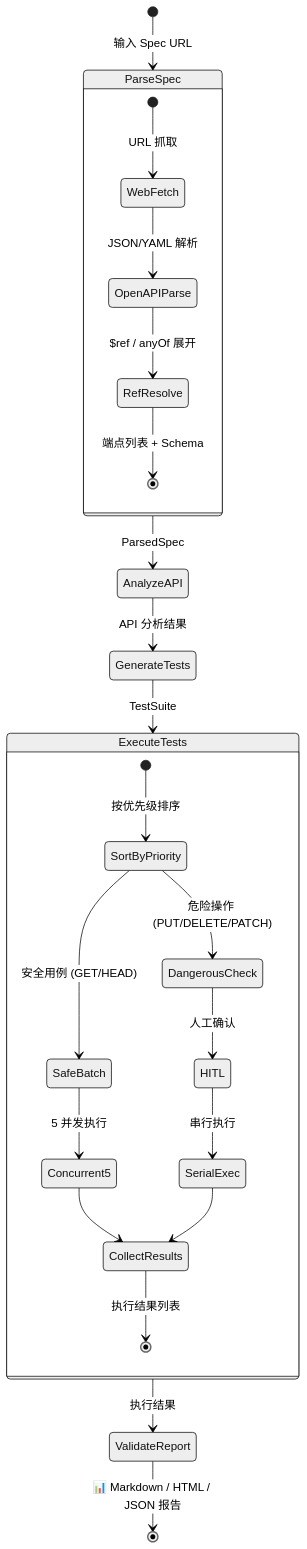
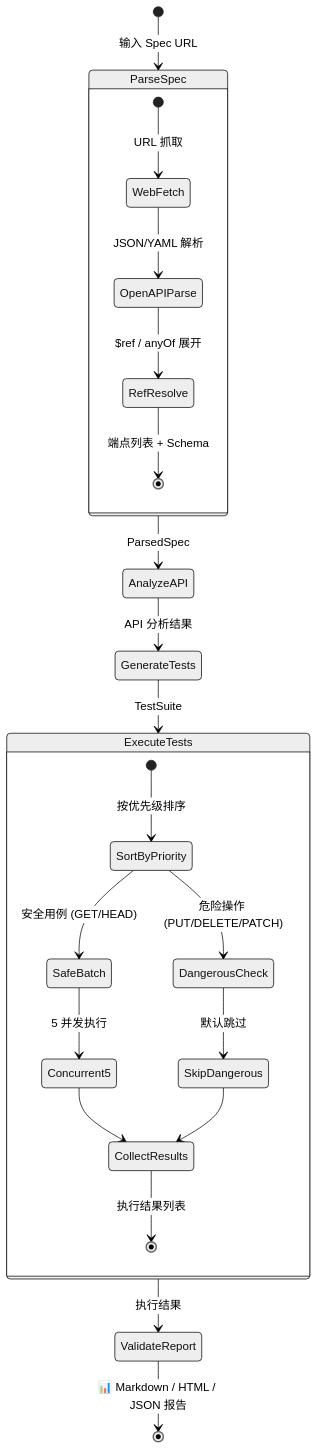
The second of 2 diagrams in README.md (lumfei/test-agent), drawn with Mermaid (neutral theme) before and after one commit. The commit also changed other lines of this file, not shown here.

````diff
--- a/README.md
+++ b/README.md
@@ -71,28 +71,27 @@
 ```mermaid
 stateDiagram-v2
     [*] --> ParseSpec: 输入 Spec URL
     ParseSpec --> AnalyzeAPI: ParsedSpec
     AnalyzeAPI --> GenerateTests: API 分析结果
     GenerateTests --> ExecuteTests: TestSuite
     ExecuteTests --> ValidateReport: 执行结果
     ValidateReport --> [*]: 📊 Markdown / HTML / JSON 报告
 
     state ParseSpec {
         [*] --> WebFetch: URL 抓取
         WebFetch --> OpenAPIParse: JSON/YAML 解析
         OpenAPIParse --> RefResolve: $ref / anyOf 展开
         RefResolve --> [*]: 端点列表 + Schema
     }
 
     state ExecuteTests {
         [*] --> SortByPriority: 按优先级排序
         SortByPriority --> SafeBatch: 安全用例 (GET/HEAD)
         SortByPriority --> DangerousCheck: 危险操作 (PUT/DELETE/PATCH)
         SafeBatch --> Concurrent5: 5 并发执行
-        DangerousCheck --> HITL: 人工确认
-        HITL --> SerialExec: 串行执行
+        DangerousCheck --> SkipDangerous: 默认跳过
         Concurrent5 --> CollectResults
-        SerialExec --> CollectResults
+        SkipDangerous --> CollectResults
         CollectResults --> [*]: 执行结果列表
     }
 ```
````
